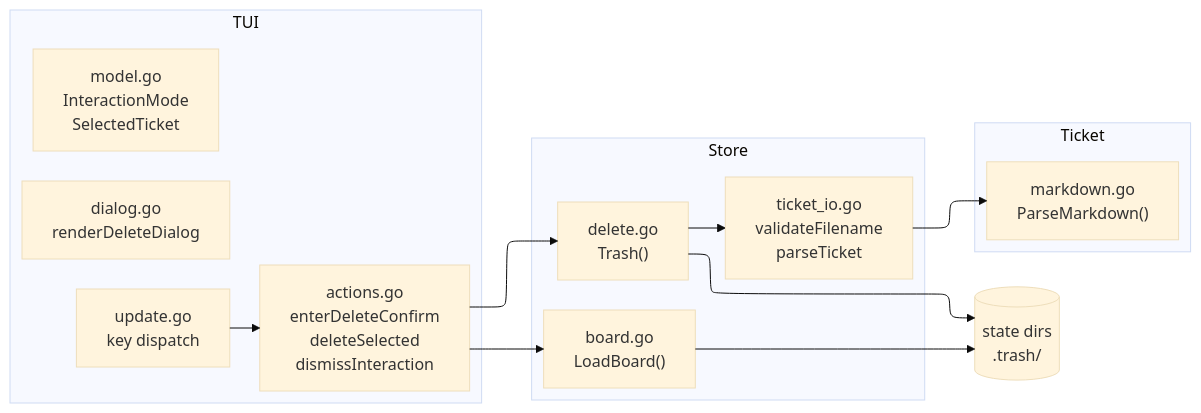
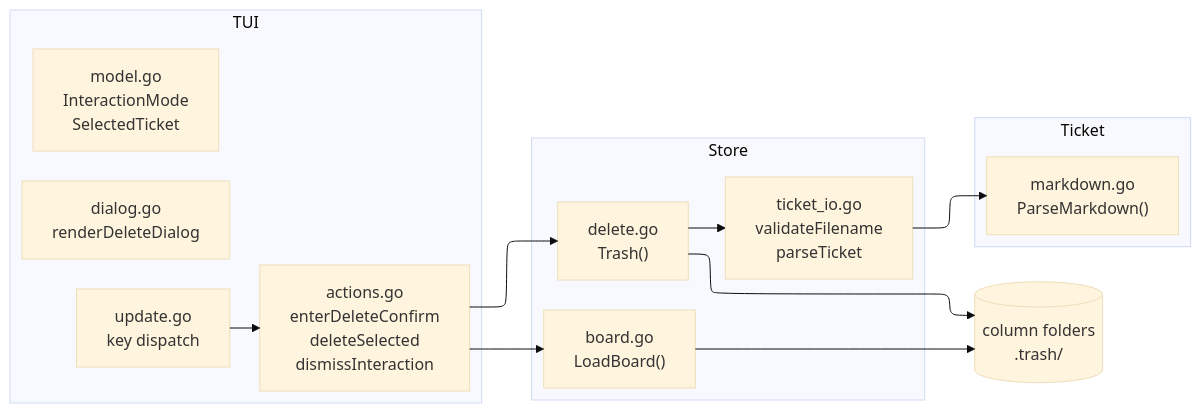
Before and after one commit to dawidsok/tickcats: the second of 3 diagrams in docs/flows/delete-ticket.md, drawn with Mermaid (base theme). The commit also changed 29 other files, not shown here.

````diff
--- a/docs/flows/delete-ticket.md
+++ b/docs/flows/delete-ticket.md
@@ -24,30 +24,30 @@
 ```mermaid
 %%{init: {"flowchart": {"defaultRenderer": "elk"}} }%%
 graph LR
     subgraph TUI
         Update["update.go\nkey dispatch"]
         Actions["actions.go\nenterDeleteConfirm\ndeleteSelected\ndismissInteraction"]
         Dialog["dialog.go\nrenderDeleteDialog"]
         Model["model.go\nInteractionMode\nSelectedTicket"]
     end
 
     subgraph Store
         Delete["delete.go\nTrash()"]
         Board["board.go\nLoadBoard()"]
         TicketIO["ticket_io.go\nvalidateFilename\nparseTicket"]
     end
 
     subgraph Ticket
         Markdown["markdown.go\nParseMarkdown()"]
     end
 
-    FS[("state dirs\n.trash/")]
+    FS[("column folders\n.trash/")]
 
     Update --> Actions
     Actions --> Delete
     Actions --> Board
     Delete --> TicketIO
     TicketIO --> Markdown
     Delete --> FS
     Board --> FS
 ```
````
